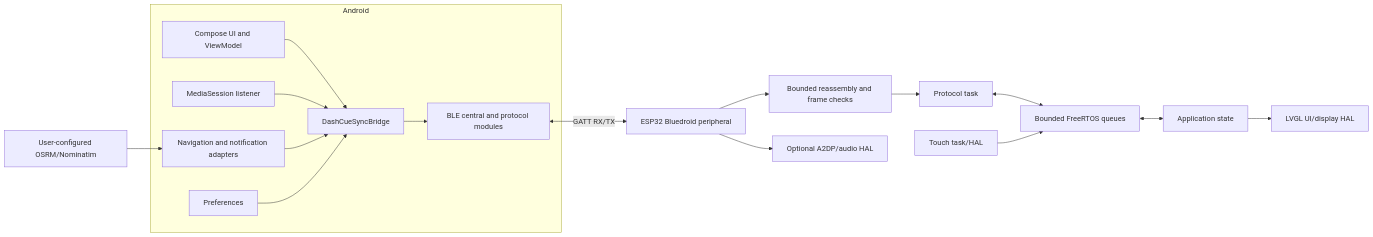
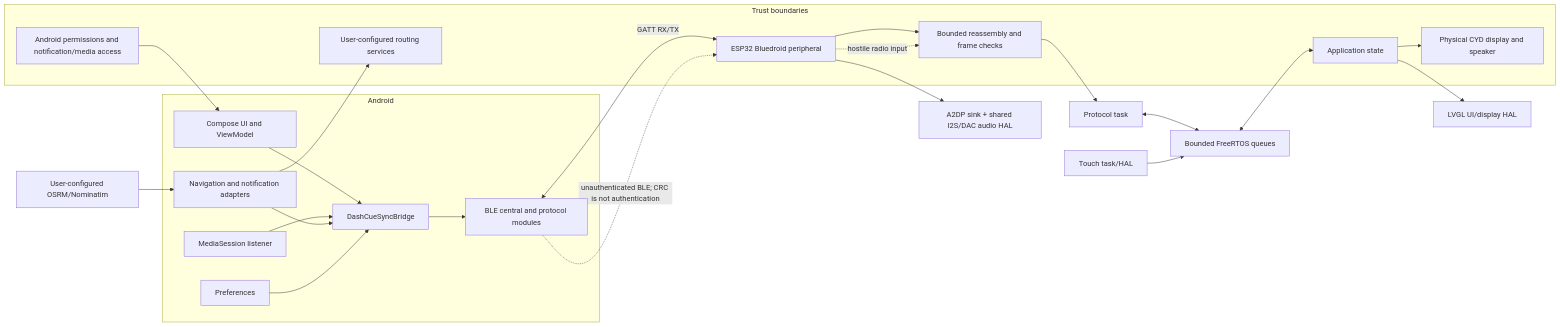
The diagram in docs/diagrams/system-architecture.mmd (jashjain-1/CYD-Build), drawn with Mermaid before and after one commit. The commit also changed 141 other files, not shown here.

```diff
--- a/docs/diagrams/system-architecture.mmd
+++ b/docs/diagrams/system-architecture.mmd
@@ -1,17 +1,24 @@
 flowchart LR
   subgraph Android
     UI[Compose UI and ViewModel] --> BR[DashCueSyncBridge]
     MEDIA[MediaSession listener] --> BR
     NAV[Navigation and notification adapters] --> BR
     PREF[Preferences] --> BR
     BR --> ABLE[BLE central and protocol modules]
   end
   ABLE <-->|GATT RX/TX| PERIPH[ESP32 Bluedroid peripheral]
   PERIPH --> FRAG[Bounded reassembly and frame checks]
   FRAG --> PT[Protocol task]
   PT <--> Q[Bounded FreeRTOS queues]
   Q <--> STATE[Application state]
   STATE --> LVGL[LVGL UI/display HAL]
   TOUCH[Touch task/HAL] --> Q
-  PERIPH --> AUDIO[Optional A2DP/audio HAL]
+  PERIPH --> AUDIO[A2DP sink + shared I2S/DAC audio HAL]
   ROUTE[User-configured OSRM/Nominatim] --> NAV
+  subgraph Trust boundaries
+    OS[Android permissions and notification/media access] --> UI
+    NAV --> EXT[User-configured routing services]
+    ABLE -. unauthenticated BLE; CRC is not authentication .-> PERIPH
+    PERIPH -. hostile radio input .-> FRAG
+    STATE --> DISPLAY[Physical CYD display and speaker]
+  end
```
